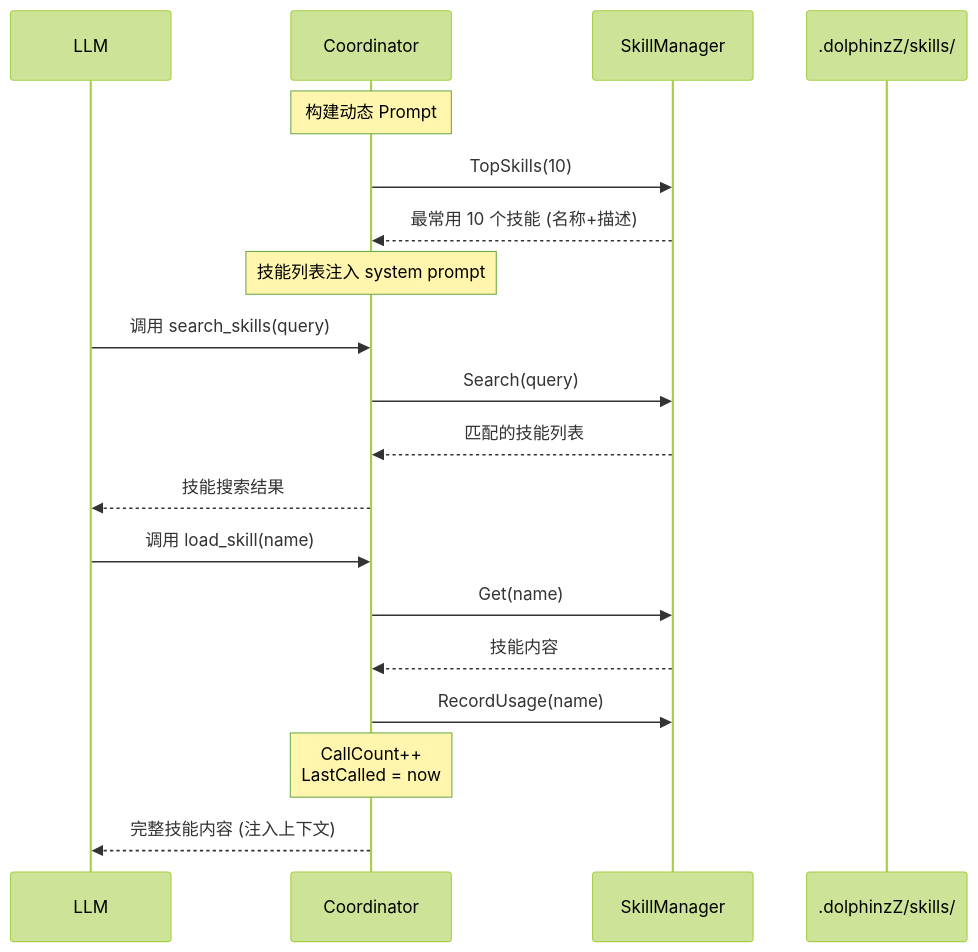
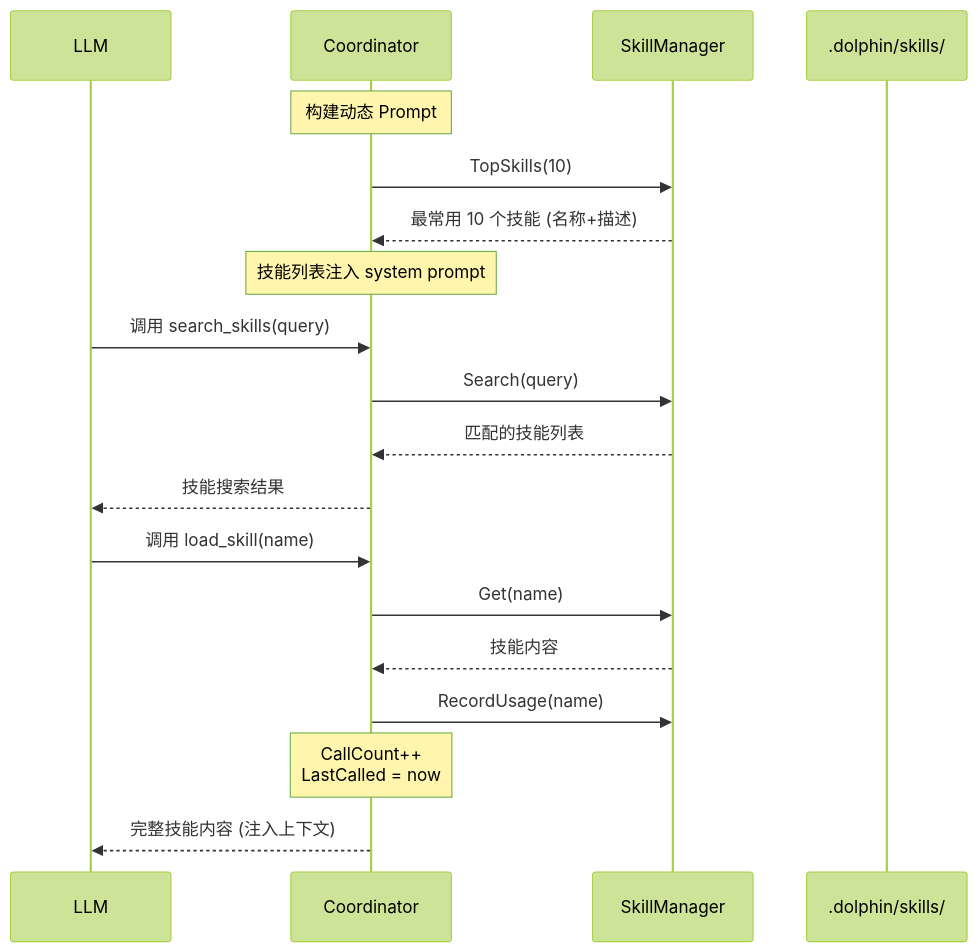
The ninth of 9 diagrams in design/DESIGN.md (dolphinZzv/dolphin-ai), drawn with Mermaid (forest theme) before and after one commit. The commit also changed other lines of this file and 79 other files, not shown here.

First line of the commit message:
refactor: rename project from dolphinzZ to dolphin

````diff
--- a/design/DESIGN.md
+++ b/design/DESIGN.md
@@ -494,24 +494,24 @@
 ```mermaid
 sequenceDiagram
     participant L as LLM
     participant C as Coordinator
     participant S as SkillManager
-    participant D as .dolphinzZ/skills/
+    participant D as .dolphin/skills/
 
     Note over C: 构建动态 Prompt
     C->>S: TopSkills(10)
     S-->>C: 最常用 10 个技能 (名称+描述)
     Note over C: 技能列表注入 system prompt
     
     L->>C: 调用 search_skills(query)
     C->>S: Search(query)
     S-->>C: 匹配的技能列表
     C-->>L: 技能搜索结果
     
     L->>C: 调用 load_skill(name)
     C->>S: Get(name)
     S-->>C: 技能内容
     C->>S: RecordUsage(name)
     Note over C: CallCount++<br/>LastCalled = now
     C-->>L: 完整技能内容 (注入上下文)
 ```
````
